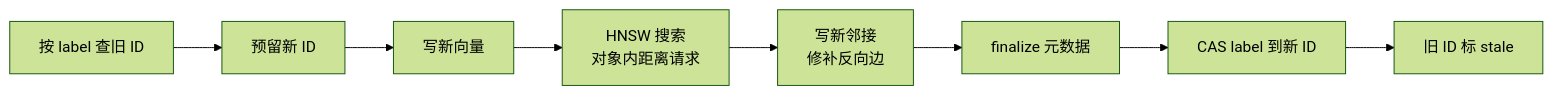
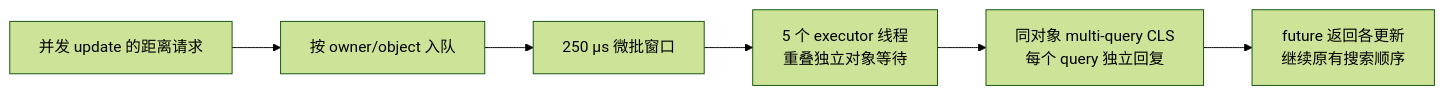
Before and after one commit to 2393732975/near-storage-vector-update: the second of 2 diagrams in docs/reports/osd-cls-baseline-visual-summary-2026-11-16.md, drawn with Mermaid (forest theme). The commit also changed other lines of this file and 16 other files, not shown here.

````diff
--- a/docs/reports/osd-cls-baseline-visual-summary-2026-11-16.md
+++ b/docs/reports/osd-cls-baseline-visual-summary-2026-11-16.md
@@ -102,10 +203,8 @@
 ```mermaid
 flowchart LR
-    A["按 label 查旧 ID"] --> B["预留新 ID"]
-    B --> C["写新向量"]
-    C --> D["HNSW 搜索<br/>对象内距离请求"]
-    D --> E["写新邻接<br/>修补反向边"]
-    E --> F["finalize 元数据"]
-    F --> G["CAS label 到新 ID"]
-    G --> H["旧 ID 标 stale"]
+    U["并发 update 的距离请求"] --> Q["按 owner/object 入队"]
+    Q --> W["250 μs 微批窗口"]
+    W --> E["5 个 executor 线程<br/>重叠独立对象等待"]
+    E --> O["同对象 multi-query CLS<br/>每个 query 独立回复"]
+    O --> F["future 返回各更新<br/>继续原有搜索顺序"]
 ```
````
